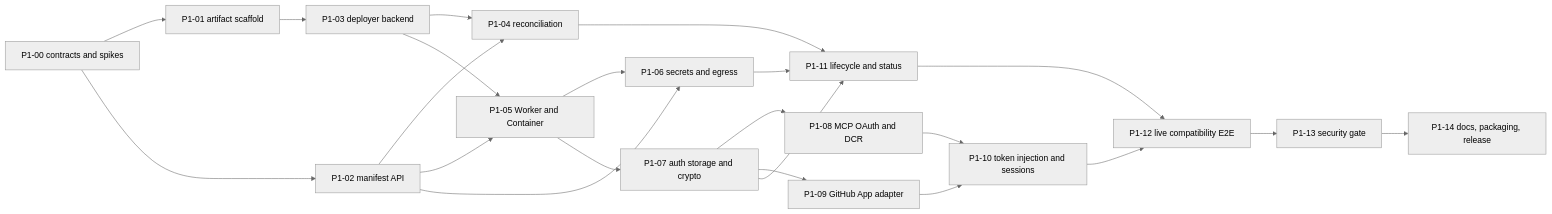
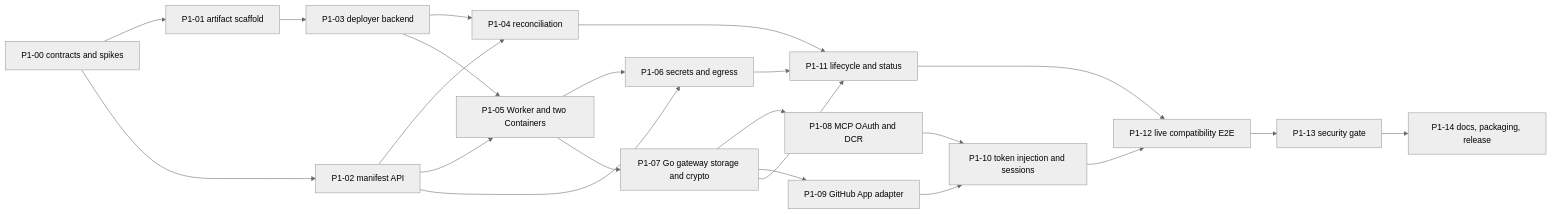
The third of 3 diagrams in rfcs/THV-0082-cloudflare-deployment.md (stacklok/toolhive-rfcs), drawn with Mermaid (neutral theme) before and after one commit. The commit also changed other lines of this file, not shown here.

````diff
--- a/rfcs/THV-0082-cloudflare-deployment.md
+++ b/rfcs/THV-0082-cloudflare-deployment.md
@@ -975,24 +1349,24 @@
 ```mermaid
 flowchart LR
     A["P1-00 contracts and spikes"] --> B["P1-01 artifact scaffold"]
     A --> C["P1-02 manifest API"]
     B --> D["P1-03 deployer backend"]
     C --> E["P1-04 reconciliation"]
     D --> E
     C --> F
-    D --> F["P1-05 Worker and Container"]
+    D --> F["P1-05 Worker and two Containers"]
     C --> G["P1-06 secrets and egress"]
     F --> G
-    F --> H["P1-07 auth storage and crypto"]
+    F --> H["P1-07 Go gateway storage and crypto"]
     H --> I["P1-08 MCP OAuth and DCR"]
     H --> J["P1-09 GitHub App adapter"]
     I --> K["P1-10 token injection and sessions"]
     J --> K
     E --> L["P1-11 lifecycle and status"]
     G --> L
     H --> L
     K --> M["P1-12 live compatibility E2E"]
     L --> M
     M --> N["P1-13 security gate"]
     N --> O["P1-14 docs, packaging, release"]
 ```
````
